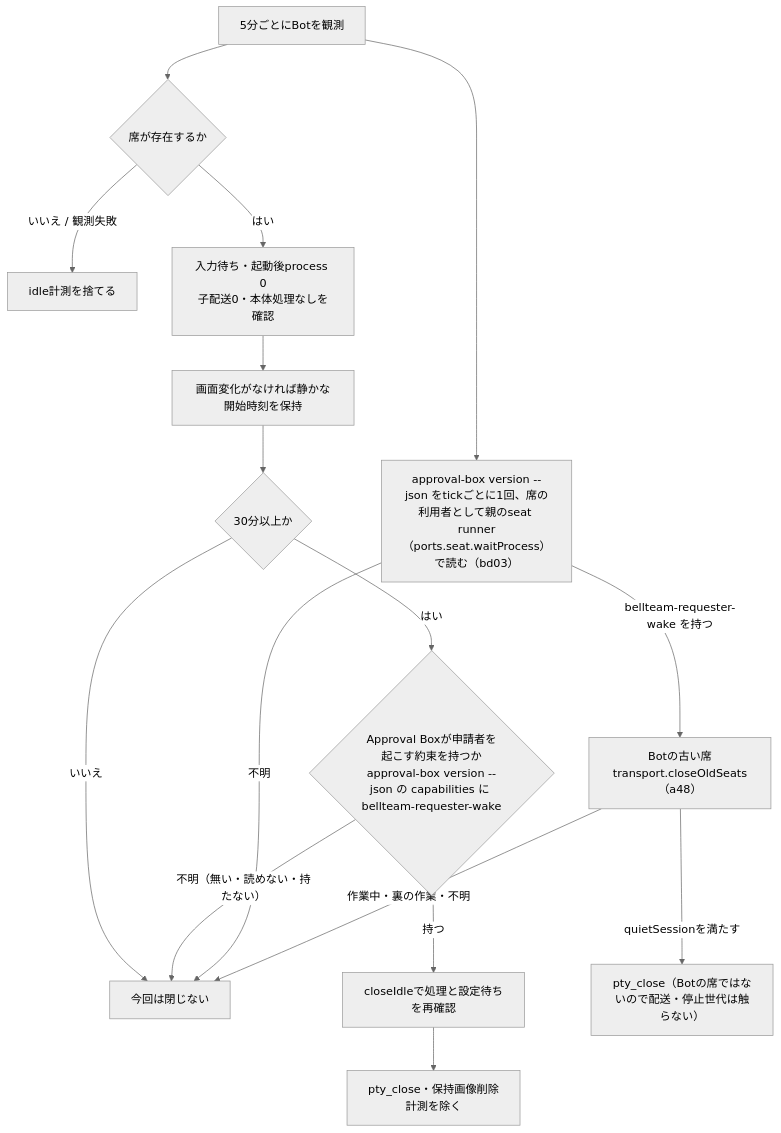
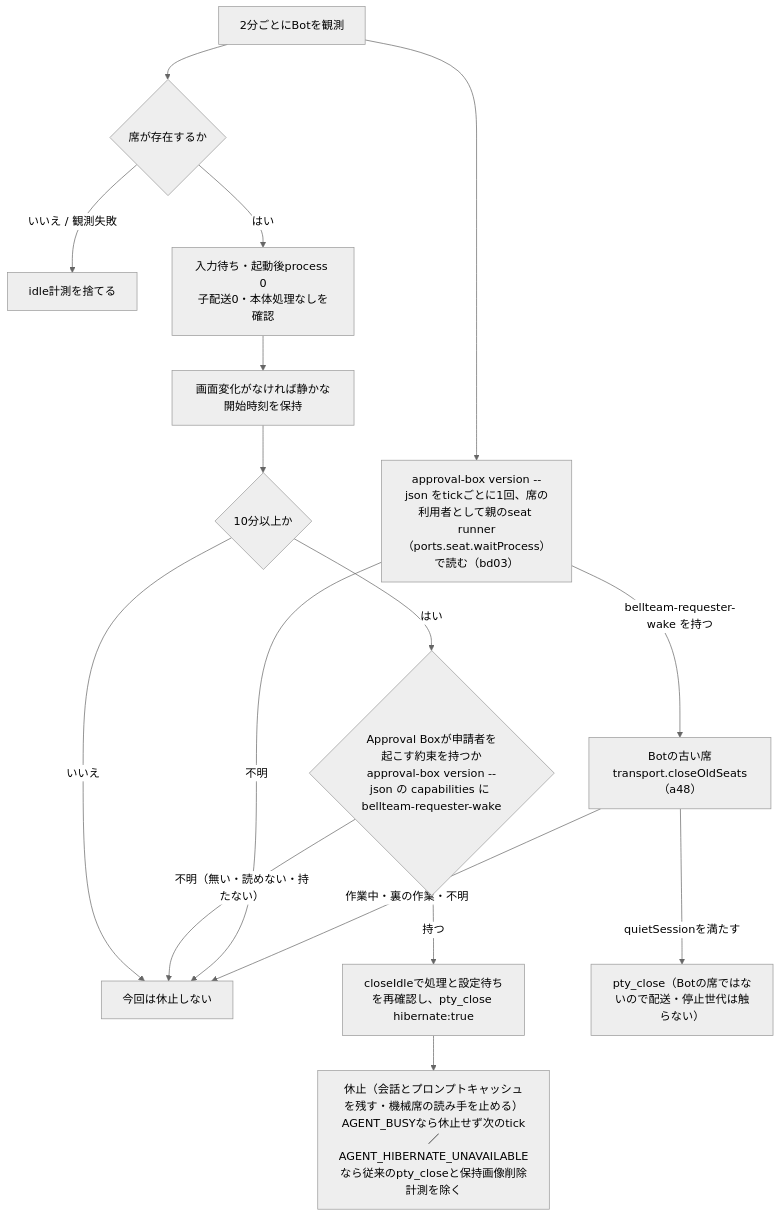
The diagram in docs/architecture/observation-details.md (kitepon/BellTeam), drawn with Mermaid (neutral theme) before and after one commit. The commit also changed 6 other files, not shown here.

````diff
--- a/docs/architecture/observation-details.md
+++ b/docs/architecture/observation-details.md
@@ -15,18 +15,18 @@
 ```mermaid
 flowchart TD
-  Poll["5分ごとにBotを観測"] --> Exists{"席が存在するか"}
+  Poll["2分ごとにBotを観測"] --> Exists{"席が存在するか"}
   Exists -->|"いいえ / 観測失敗"| Reset["idle計測を捨てる"]
   Exists -->|"はい"| Quiet["入力待ち・起動後process 0<br/>子配送0・本体処理なしを確認"]
   Quiet --> Since["画面変化がなければ静かな開始時刻を保持"]
-  Since --> Time{"30分以上か"}
-  Time -->|"いいえ"| Keep["今回は閉じない"]
+  Since --> Time{"10分以上か"}
+  Time -->|"いいえ"| Keep["今回は休止しない"]
   Time -->|"はい"| Approval{"Approval Boxが申請者を起こす約束を持つか<br/>approval-box version --json の capabilities に bellteam-requester-wake"}
   Approval -->|"不明（無い・読めない・持たない）"| Keep
-  Approval -->|"持つ"| Close["closeIdleで処理と設定待ちを再確認"]
-  Close --> End["pty_close・保持画像削除<br/>計測を除く"]
+  Approval -->|"持つ"| Close["closeIdleで処理と設定待ちを再確認し、pty_close hibernate:true"]
+  Close --> End["休止（会話とプロンプトキャッシュを残す・機械席の読み手を止める）<br/>AGENT_BUSYなら休止せず次のtick／AGENT_HIBERNATE_UNAVAILABLEなら従来のpty_closeと保持画像削除<br/>計測を除く"]
   Poll --> Wake["approval-box version --json をtickごとに1回、席の利用者として親のseat runner（ports.seat.waitProcess）で読む（bd03）"]
   Wake -->|"bellteam-requester-wake を持つ"| Old["Botの古い席<br/>transport.closeOldSeats（a48）"]
   Wake -->|"不明"| Keep
   Old -->|"quietSessionを満たす"| OldClose["pty_close（Botの席ではないので配送・停止世代は触らない）"]
   Old -->|"作業中・裏の作業・不明"| Keep
 ```
````
